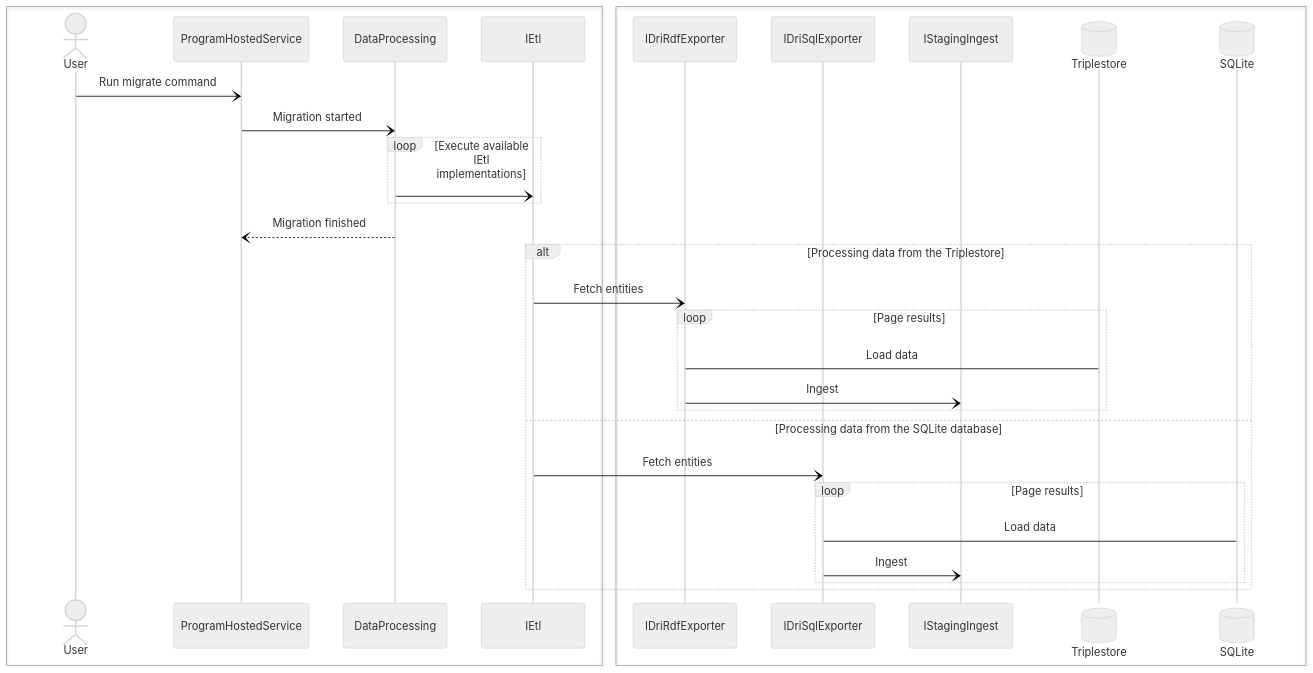
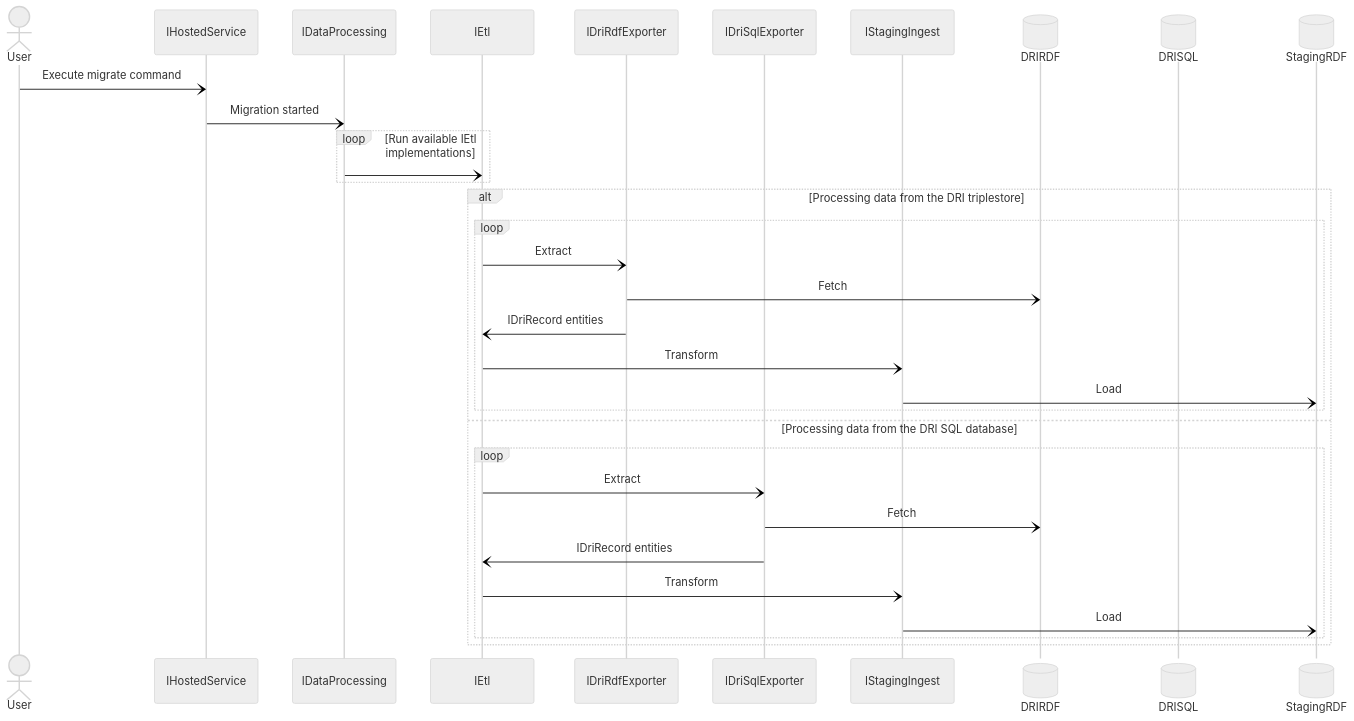
Before and after one commit to nationalarchives/dri-data-migration: the diagram in README.md, drawn with Mermaid (neutral theme).

Commit message:
Update data extraction diagram

````diff
--- a/README.md
+++ b/README.md
@@ -39,35 +39,35 @@
 ```mermaid
 sequenceDiagram
-    box
-        actor User
-        participant ProgramHostedService
-        participant DataProcessing
-        participant IEtl
+    actor User
+    participant IHostedService
+    participant IDataProcessing
+    participant IEtl
+    participant IDriRdfExporter
+    participant IDriSqlExporter
+    participant IStagingIngest
+    participant DRIRDF@{ "type" : "database" }
+    participant DRISQL@{ "type" : "database" }
+    participant StagingRDF@{ "type" : "database" }
+    User-)IHostedService: Execute migrate command
+    IHostedService-)IDataProcessing: Migration started
+    loop Run available IEtl implementations
+        IDataProcessing-)IEtl:
     end
-    box
-        participant IDriRdfExporter
-        participant IDriSqlExporter
-        participant IStagingIngest
-        participant Triplestore@{ "type" : "database" }
-        participant SQLite@{ "type" : "database" }
-    end
-    User-)ProgramHostedService: Run migrate command
-    ProgramHostedService-)DataProcessing: Migration started
-    loop Execute available IEtl implementations
-        DataProcessing-)IEtl:
-    end
-    DataProcessing--)ProgramHostedService: Migration finished
-    alt Processing data from the Triplestore
-        IEtl-)IDriRdfExporter: Fetch entities
-        loop Page results
-            IDriRdfExporter->Triplestore: Load data
-            IDriRdfExporter-)IStagingIngest: Ingest
+    alt Processing data from the DRI triplestore
+        loop 
+            IEtl-)IDriRdfExporter: Extract
+            IDriRdfExporter-)DRIRDF: Fetch
+            IDriRdfExporter-)IEtl: IDriRecord entities
+            IEtl-)IStagingIngest: Transform
+            IStagingIngest-)StagingRDF: Load
         end
-    else Processing data from the SQLite database
-        IEtl-)IDriSqlExporter: Fetch entities
-        loop Page results
-            IDriSqlExporter->SQLite: Load data
-            IDriSqlExporter-)IStagingIngest: Ingest
+    else Processing data from the DRI SQL database
+        loop 
+            IEtl-)IDriSqlExporter: Extract
+            IDriSqlExporter-)DRIRDF: Fetch
+            IDriSqlExporter-)IEtl: IDriRecord entities
+            IEtl-)IStagingIngest: Transform
+            IStagingIngest-)StagingRDF: Load
         end
     end
 ```
````
